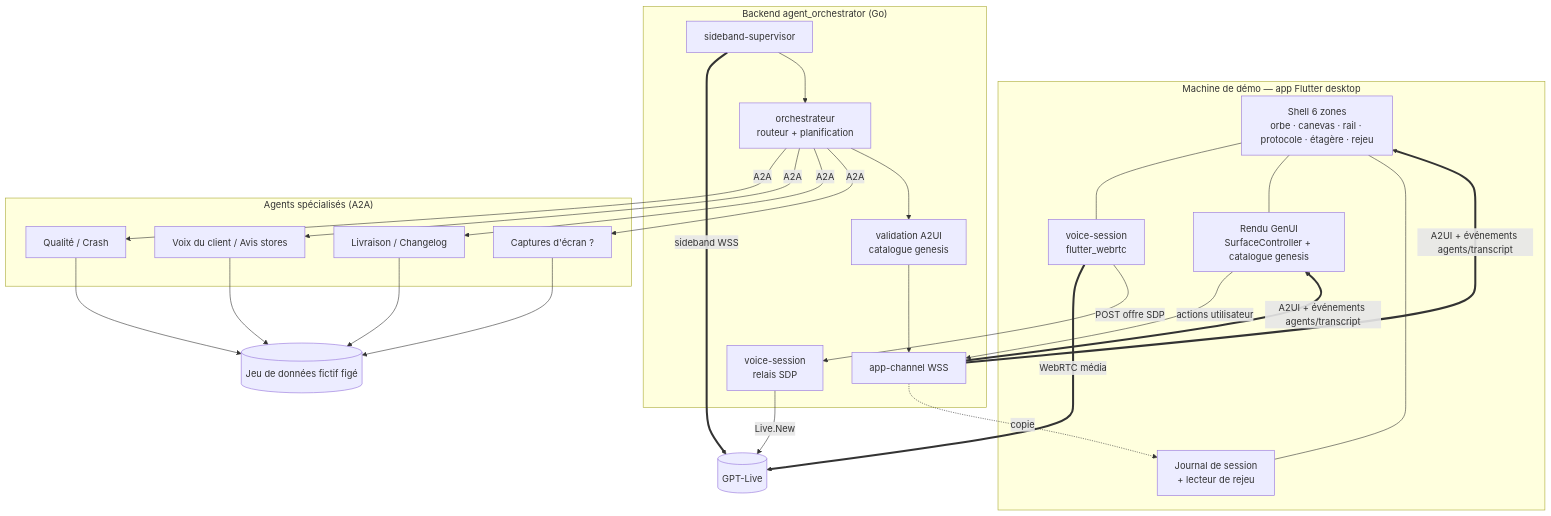
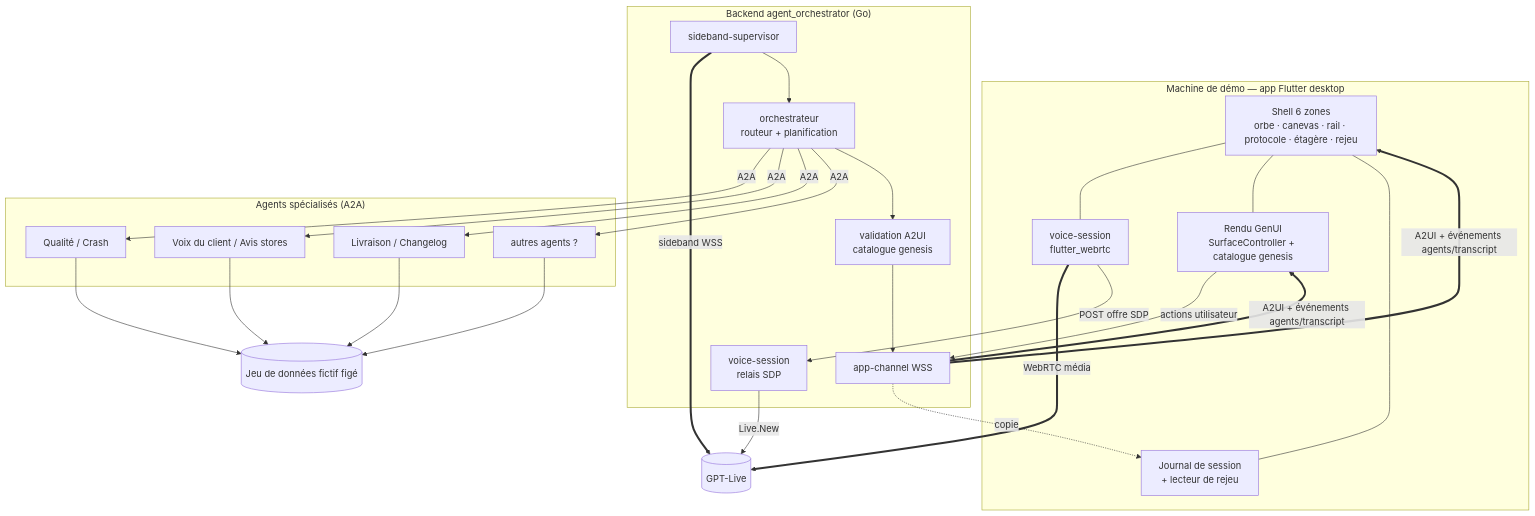
Before and after one commit to b-fontaine/ai_voice_ui: the second of 2 diagrams in product/architecture/overview.md, drawn with Mermaid. The commit also changed other lines of this file and 59 other files, not shown here.

First line of the commit message:
docs(product): réponses du porteur du 2026-10-29 (pdr-0027 à pdr-0040), roadmap au 12/11

````diff
--- a/product/architecture/overview.md
+++ b/product/architecture/overview.md
@@ -52,36 +52,36 @@
 ```mermaid
 flowchart TB
   subgraph Client["Machine de démo — app Flutter desktop"]
     ui[Shell 6 zones<br/>orbe · canevas · rail · protocole · étagère · rejeu]
     voice[voice-session<br/>flutter_webrtc]
     render[Rendu GenUI<br/>SurfaceController + catalogue genesis]
     journal[Journal de session<br/>+ lecteur de rejeu]
     ui --- voice & render & journal
   end
   subgraph Backend["Backend agent_orchestrator (Go)"]
     vs[voice-session<br/>relais SDP]
     sb[sideband-supervisor]
     orch[orchestrateur<br/>routeur + planification]
     a2ui[validation A2UI<br/>catalogue genesis]
     appch[app-channel WSS]
   end
   subgraph Agents["Agents spécialisés (A2A)"]
     q[Qualité / Crash]
     v[Voix du client / Avis stores]
     l[Livraison / Changelog]
-    c[Captures d'écran ?]
+    c[autres agents ?]
   end
   data[(Jeu de données fictif figé)]
   oai[(GPT-Live)]
   voice == WebRTC média ==> oai
   voice -- POST offre SDP --> vs
   vs -- Live.New --> oai
   sb == sideband WSS ==> oai
   sb --> orch
   orch -- A2A --> q & v & l & c
   q & v & l & c --> data
   orch --> a2ui --> appch
   appch == A2UI + événements agents/transcript ==> render & ui
   render -- actions utilisateur --> appch
   appch -. copie .-> journal
 ```
````
